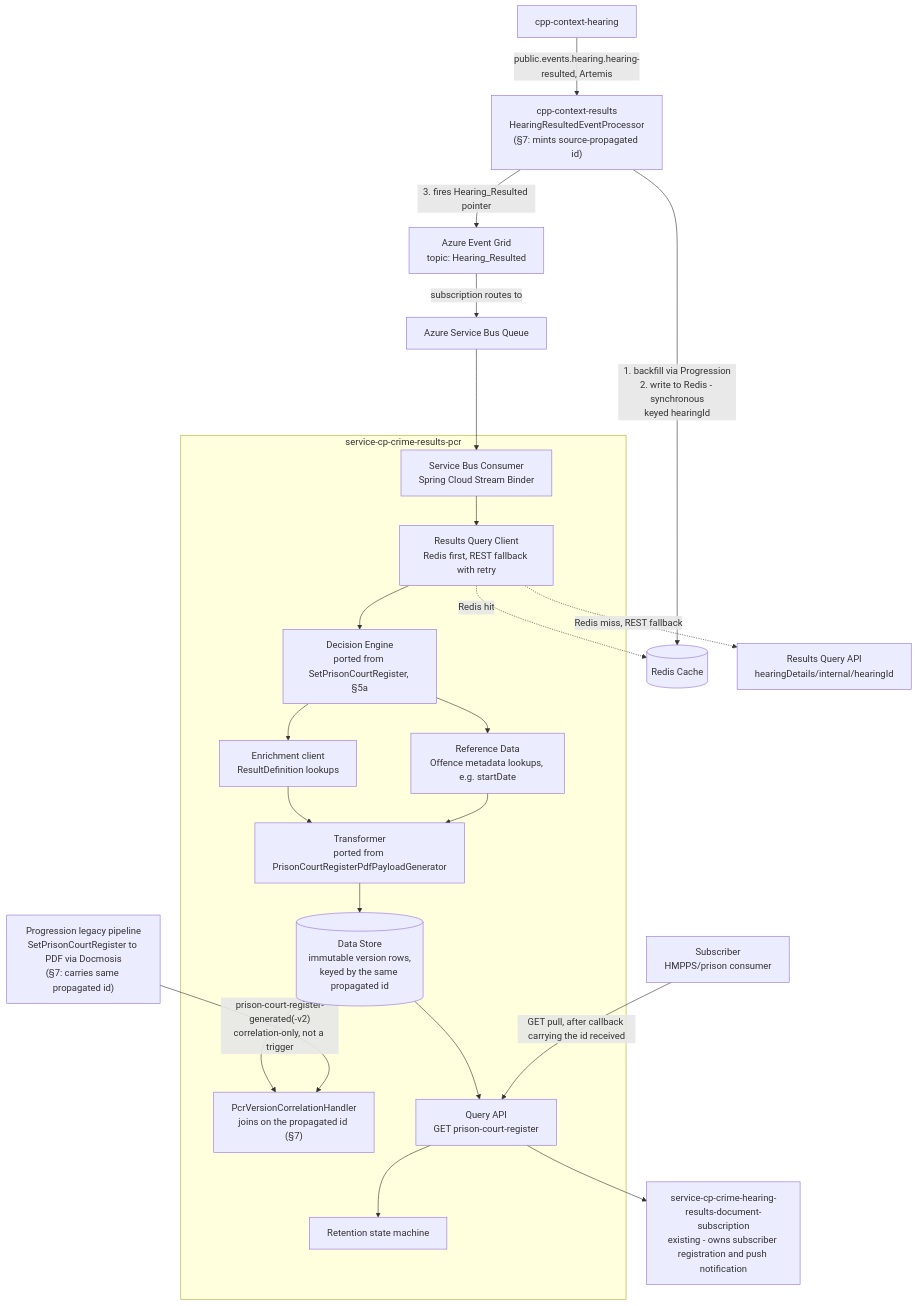
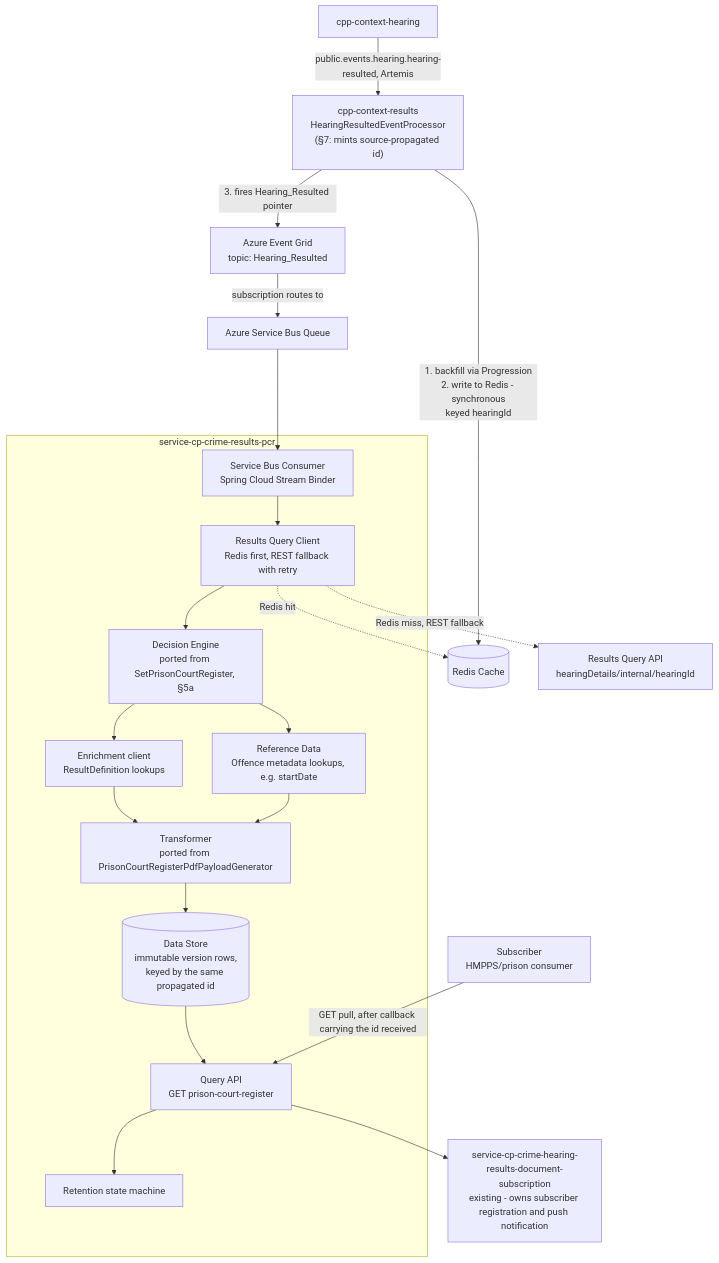
The first of 3 diagrams in docs/2026-07-16-pcr-api-marketplace-design-v2.md (hmcts/service-cp-crime-results-pcr), drawn with Mermaid before and after one commit. The commit also changed other lines of this file and 1 other file, not shown here.

First line of the commit message:
docs: iterate on PCR phase 2 data store design (WIP)

````diff
--- a/docs/2026-07-16-pcr-api-marketplace-design-v2.md
+++ b/docs/2026-07-16-pcr-api-marketplace-design-v2.md
@@ -31,30 +31,27 @@
 ```mermaid
 flowchart TB
     Hearing["cpp-context-hearing"] -->|"public.events.hearing.hearing-resulted, Artemis"| Results["cpp-context-results<br/>HearingResultedEventProcessor<br/>(§7: mints source-propagated id)"]
     Results -->|"1. backfill via Progression<br/>2. write to Redis - synchronous<br/>keyed hearingId"| Redis[("Redis Cache")]
     Results -->|"3. fires Hearing_Resulted pointer"| Grid["Azure Event Grid<br/>topic: Hearing_Resulted"]
     Grid -->|"subscription routes to"| Bus["Azure Service Bus Queue"]
     Bus --> Consumer
 
     subgraph PCR["service-cp-crime-results-pcr"]
         Consumer["Service Bus Consumer<br/>Spring Cloud Stream Binder"] --> Query["Results Query Client<br/>Redis first, REST fallback with retry"]
         Query --> Decision["Decision Engine<br/>ported from SetPrisonCourtRegister, §5a"]
         Decision --> Enrich["Enrichment client<br/>ResultDefinition lookups"]
         Decision --> OffenceMeta["Reference Data<br/>Offence metadata lookups, e.g. startDate"]
         Enrich --> Transform["Transformer<br/>ported from PrisonCourtRegisterPdfPayloadGenerator"]
         OffenceMeta --> Transform
         Transform --> Store[("Data Store<br/>immutable version rows,<br/>keyed by the same propagated id")]
-        Store --> Correlator["PcrVersionCorrelationHandler<br/>joins on the propagated id (§7)"]
         Store --> API["Query API<br/>GET prison-court-register"]
         API --> Retention["Retention state machine"]
     end
 
     Query -.->|"Redis hit"| Redis
     Query -.->|"Redis miss, REST fallback"| ResultsAPI["Results Query API<br/>hearingDetails/internal/hearingId"]
 
-    Progression["Progression legacy pipeline<br/>SetPrisonCourtRegister to PDF via Docmosis<br/>(§7: carries same propagated id)"] -->|"prison-court-register-generated(-v2)<br/>correlation-only, not a trigger"| Correlator
-
     API --> Subscription["service-cp-crime-hearing-results-document-subscription<br/>existing - owns subscriber registration and push notification"]
 
     Subscriber["Subscriber<br/>HMPPS/prison consumer"] -->|"GET pull, after callback carrying the id received"| API
 ```
````
